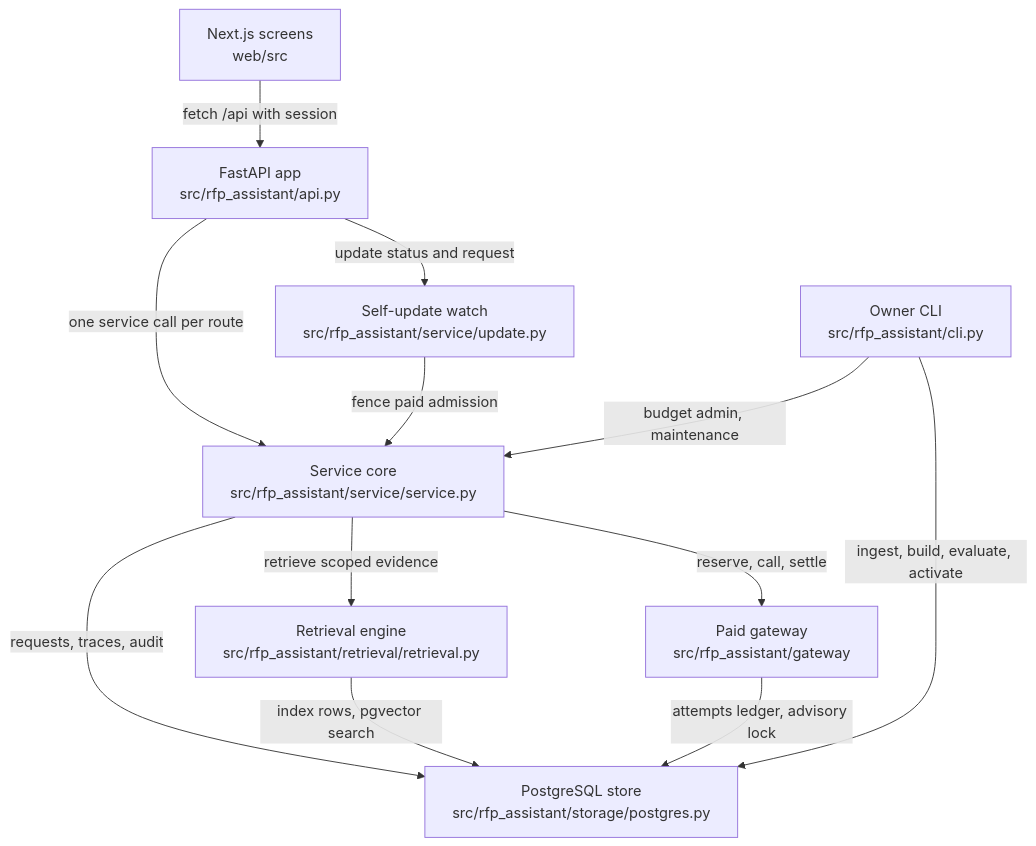
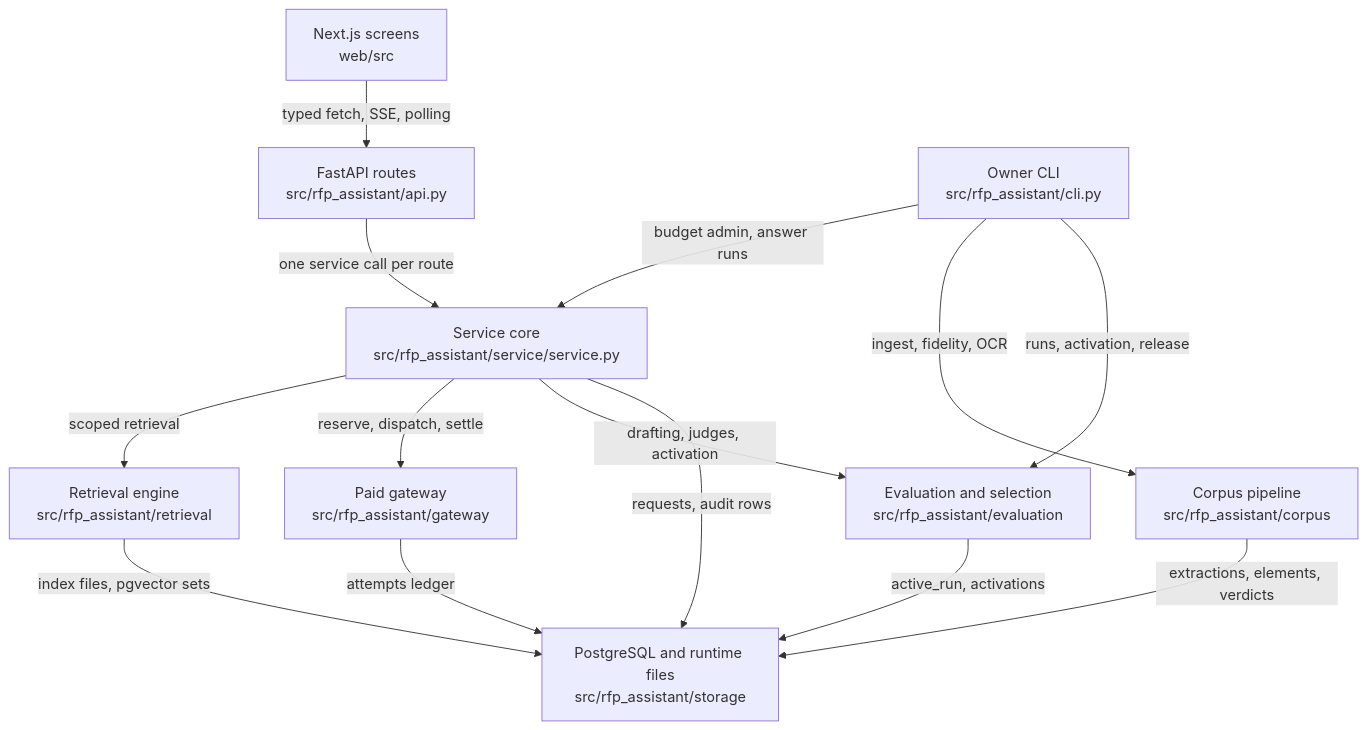
Before and after one commit to littleeeeebit/project-codeit-mid: the diagram in .omm/overall-architecture/diagram.mmd, drawn with Mermaid. The commit also changed 384 other files, not shown here.

```diff
--- a/.omm/overall-architecture/diagram.mmd
+++ b/.omm/overall-architecture/diagram.mmd
@@ -1,20 +1,14 @@
 graph TD
-  web-screens["Next.js screens\nweb/src"]
-  http-api["FastAPI app\nsrc/rfp_assistant/api.py"]
-  service-core["Service core\nsrc/rfp_assistant/service/service.py"]
-  retrieval-engine["Retrieval engine\nsrc/rfp_assistant/retrieval/retrieval.py"]
-  paid-gateway["Paid gateway\nsrc/rfp_assistant/gateway"]
-  postgres-store["PostgreSQL store\nsrc/rfp_assistant/storage/postgres.py"]
-  self-update["Self-update watch\nsrc/rfp_assistant/service/update.py"]
-  owner-cli["Owner CLI\nsrc/rfp_assistant/cli.py"]
-  web-screens -->|fetch /api with session| http-api
-  http-api -->|one service call per route| service-core
-  http-api -->|update status and request| self-update
-  self-update -->|fence paid admission| service-core
-  service-core -->|retrieve scoped evidence| retrieval-engine
-  service-core -->|reserve, call, settle| paid-gateway
-  service-core -->|requests, traces, audit| postgres-store
-  retrieval-engine -->|index rows, pgvector search| postgres-store
-  paid-gateway -->|attempts ledger, advisory lock| postgres-store
-  owner-cli -->|ingest, build, evaluate, activate| postgres-store
-  owner-cli -->|budget admin, maintenance| service-core
+  web-screens["Next.js screens\nweb/src"] -->|typed fetch, SSE, polling| http-api["FastAPI routes\nsrc/rfp_assistant/api.py"]
+  http-api -->|one service call per route| service-core["Service core\nsrc/rfp_assistant/service/service.py"]
+  owner-cli["Owner CLI\nsrc/rfp_assistant/cli.py"] -->|budget admin, answer runs| service-core
+  owner-cli -->|ingest, fidelity, OCR| corpus-pipeline["Corpus pipeline\nsrc/rfp_assistant/corpus"]
+  owner-cli -->|runs, activation, release| evaluation-suite["Evaluation and selection\nsrc/rfp_assistant/evaluation"]
+  service-core -->|scoped retrieval| retrieval-engine["Retrieval engine\nsrc/rfp_assistant/retrieval"]
+  service-core -->|reserve, dispatch, settle| paid-gateway["Paid gateway\nsrc/rfp_assistant/gateway"]
+  service-core -->|drafting, judges, activation| evaluation-suite
+  corpus-pipeline -->|extractions, elements, verdicts| postgres-store["PostgreSQL and runtime files\nsrc/rfp_assistant/storage"]
+  retrieval-engine -->|index files, pgvector sets| postgres-store
+  paid-gateway -->|attempts ledger| postgres-store
+  evaluation-suite -->|active_run, activations| postgres-store
+  service-core -->|requests, audit rows| postgres-store
```
